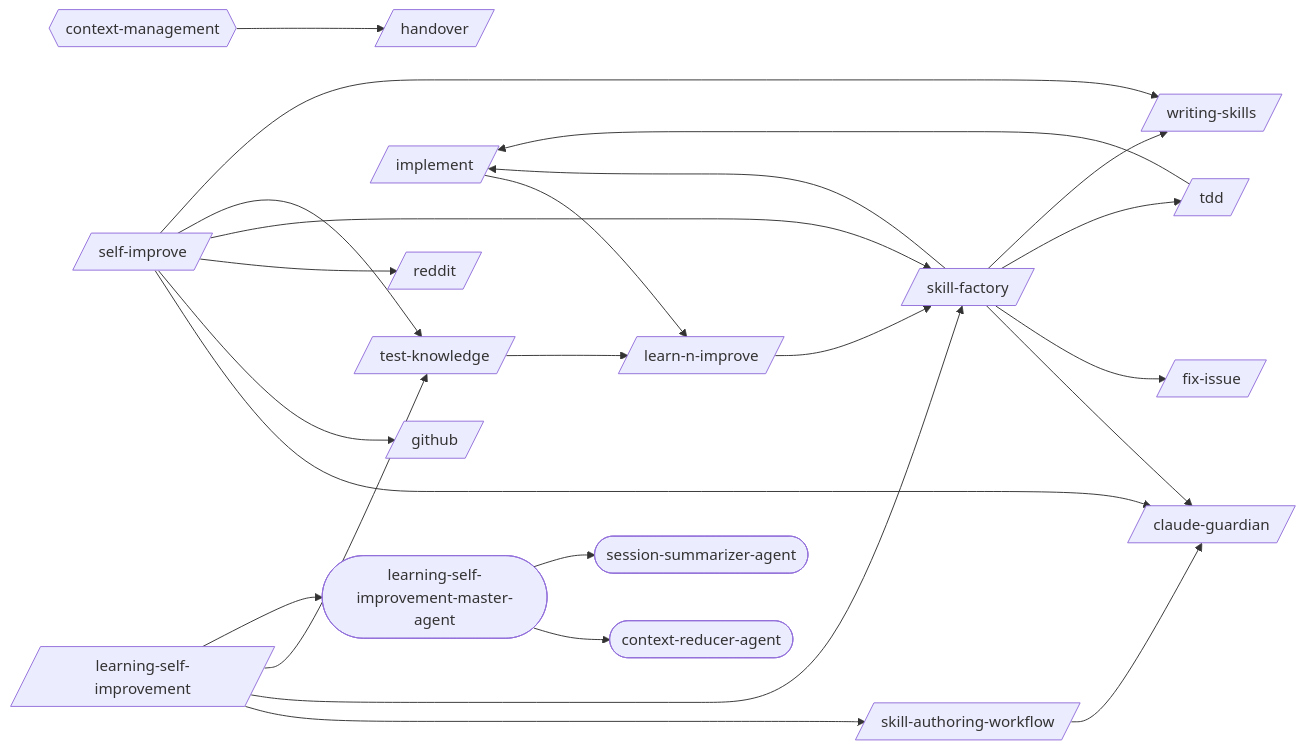
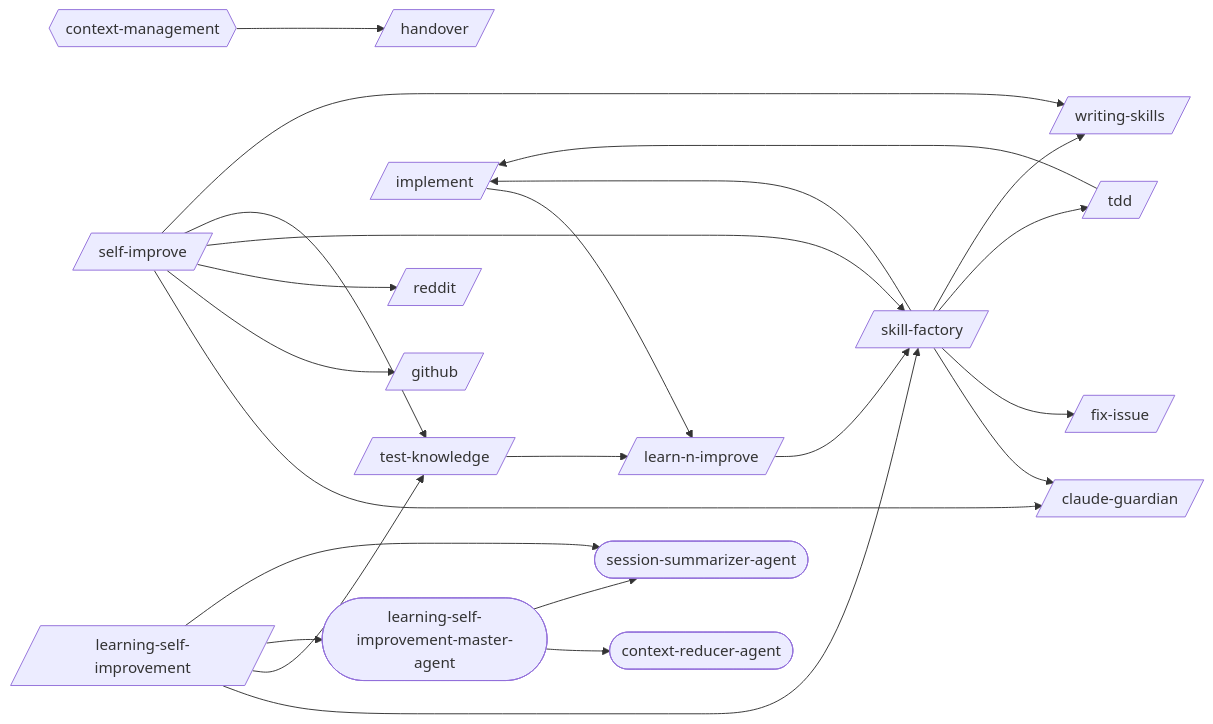
One commit to abhayla/claude-best-practices changed the first of 19 diagrams in docs/workflows/learning-self-improvement.md. Above: the diagram before and after it, drawn with Mermaid. The commit also changed other lines of this file and 12 other files, not shown here.

````diff
--- a/docs/workflows/learning-self-improvement.md
+++ b/docs/workflows/learning-self-improvement.md
@@ -9,44 +9,42 @@
 ```mermaid
 graph LR
     claude_guardian[/claude-guardian/]
     fix_issue[/fix-issue/]
     github[/github/]
     handover[/handover/]
     implement[/implement/]
     learn_n_improve[/learn-n-improve/]
     learning_self_improvement[/learning-self-improvement/]
     reddit[/reddit/]
     self_improve[/self-improve/]
-    skill_authoring_workflow[/skill-authoring-workflow/]
     skill_factory[/skill-factory/]
     tdd[/tdd/]
     test_knowledge[/test-knowledge/]
     writing_skills[/writing-skills/]
     context_reducer_agent([context-reducer-agent])
     learning_self_improvement_master_agent([learning-self-improvement-master-agent])
     session_summarizer_agent([session-summarizer-agent])
     context_management{{context-management}}
     implement --> learn_n_improve
     learn_n_improve --> skill_factory
-    learning_self_improvement --> skill_authoring_workflow
     learning_self_improvement --> skill_factory
     learning_self_improvement --> test_knowledge
     learning_self_improvement --> learning_self_improvement_master_agent
-    skill_authoring_workflow --> claude_guardian
+    learning_self_improvement --> session_summarizer_agent
     skill_factory --> claude_guardian
     skill_factory --> fix_issue
     skill_factory --> implement
     skill_factory --> tdd
     skill_factory --> writing_skills
     tdd --> implement
     test_knowledge --> learn_n_improve
     self_improve --> claude_guardian
     self_improve --> github
     self_improve --> reddit
     self_improve --> skill_factory
     self_improve --> test_knowledge
     self_improve --> writing_skills
     learning_self_improvement_master_agent --> context_reducer_agent
     learning_self_improvement_master_agent --> session_summarizer_agent
     context_management --> handover
 ```
````
